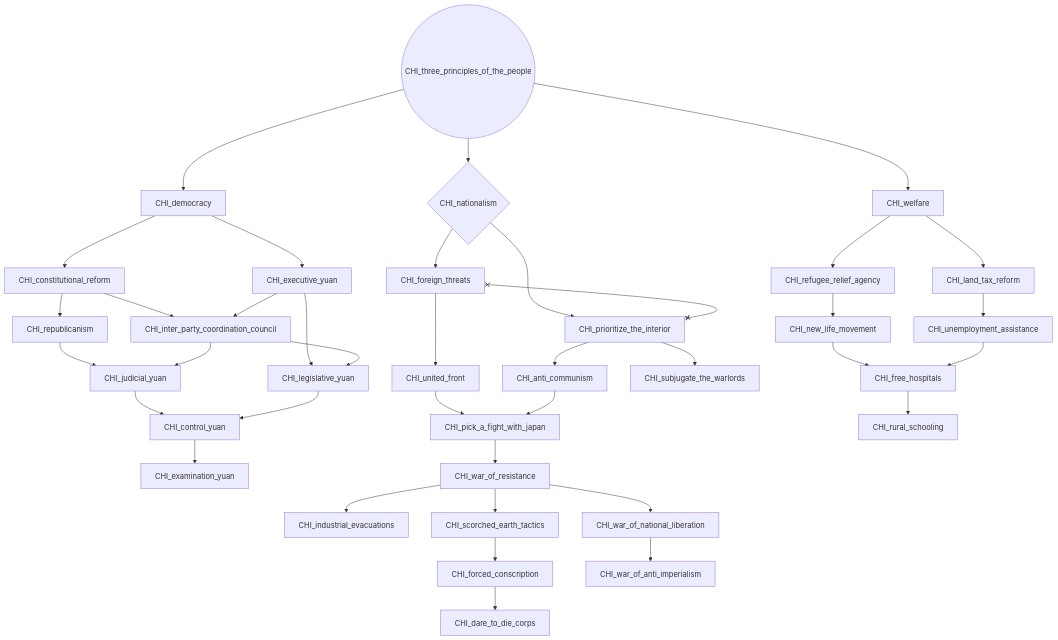
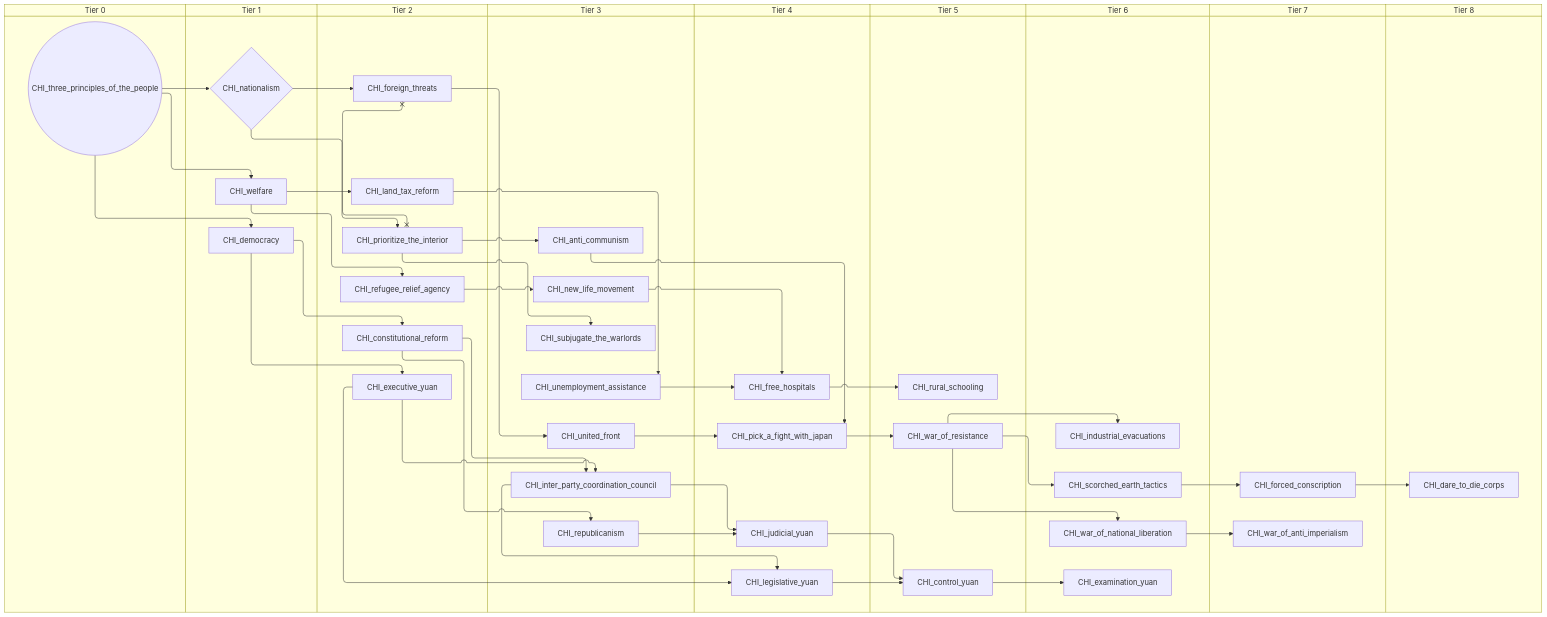
Before and after one commit to evgeny-sobol/hoi4-sandbox-mode: the second of 3 diagrams in docs/gdd/National Focuses/china_nationalist.md, drawn with Mermaid. The commit also changed other lines of this file and 80 other files, not shown here.

First line of the commit message:
Add swimlane mode to focus graph exporter

````diff
--- a/docs/gdd/National Focuses/china_nationalist.md
+++ b/docs/gdd/National Focuses/china_nationalist.md
@@ -22,71 +28,89 @@
 ```mermaid
-flowchart TD
-    n8["CHI_anti_communism"]
-    n9["CHI_constitutional_reform"]
-    n10["CHI_control_yuan"]
-    n11["CHI_dare_to_die_corps"]
-    n12["CHI_democracy"]
-    n13["CHI_examination_yuan"]
-    n14["CHI_executive_yuan"]
-    n15["CHI_forced_conscription"]
-    n16["CHI_foreign_threats"]
-    n17["CHI_free_hospitals"]
-    n18["CHI_industrial_evacuations"]
-    n19["CHI_inter_party_coordination_council"]
-    n20["CHI_judicial_yuan"]
-    n21["CHI_land_tax_reform"]
-    n22["CHI_legislative_yuan"]
-    n23{"CHI_nationalism"}
-    n24["CHI_new_life_movement"]
-    n25["CHI_pick_a_fight_with_japan"]
-    n26["CHI_prioritize_the_interior"]
-    n27["CHI_refugee_relief_agency"]
-    n28["CHI_republicanism"]
-    n29["CHI_rural_schooling"]
-    n30["CHI_scorched_earth_tactics"]
-    n31["CHI_subjugate_the_warlords"]
-    n32(("CHI_three_principles_of_the_people"))
-    n33["CHI_unemployment_assistance"]
-    n34["CHI_united_front"]
-    n35["CHI_war_of_anti_imperialism"]
-    n36["CHI_war_of_national_liberation"]
-    n37["CHI_war_of_resistance"]
-    n38["CHI_welfare"]
-    n26 --> n8
-    n12 --> n9
-    n20 --> n10
-    n22 --> n10
-    n15 --> n11
-    n32 --> n12
-    n10 --> n13
-    n12 --> n14
-    n30 --> n15
-    n23 --> n16
-    n24 --> n17
-    n33 --> n17
-    n37 --> n18
-    n9 --> n19
-    n14 --> n19
-    n28 --> n20
-    n19 --> n20
-    n38 --> n21
-    n14 --> n22
-    n19 --> n22
-    n32 --> n23
-    n27 --> n24
-    n34 --> n25
-    n8 --> n25
-    n23 --> n26
-    n38 --> n27
-    n9 --> n28
-    n17 --> n29
-    n37 --> n30
-    n26 --> n31
-    n21 --> n33
-    n16 --> n34
-    n36 --> n35
-    n37 --> n36
-    n25 --> n37
-    n32 --> n38
-    n16 x--x n26
+swimlane-beta TD
+    subgraph tier_0["Tier 0"]
+        n8(("CHI_three_principles_of_the_people"))
+    end
+    subgraph tier_1["Tier 1"]
+        n9["CHI_democracy"]
+        n10{"CHI_nationalism"}
+        n11["CHI_welfare"]
+    end
+    subgraph tier_2["Tier 2"]
+        n12["CHI_constitutional_reform"]
+        n13["CHI_executive_yuan"]
+        n14["CHI_foreign_threats"]
+        n15["CHI_land_tax_reform"]
+        n16["CHI_prioritize_the_interior"]
+        n17["CHI_refugee_relief_agency"]
+    end
+    subgraph tier_3["Tier 3"]
+        n18["CHI_anti_communism"]
+        n19["CHI_inter_party_coordination_council"]
+        n20["CHI_new_life_movement"]
+        n21["CHI_republicanism"]
+        n22["CHI_subjugate_the_warlords"]
+        n23["CHI_unemployment_assistance"]
+        n24["CHI_united_front"]
+    end
+    subgraph tier_4["Tier 4"]
+        n25["CHI_free_hospitals"]
+        n26["CHI_judicial_yuan"]
+        n27["CHI_legislative_yuan"]
+        n28["CHI_pick_a_fight_with_japan"]
+    end
+    subgraph tier_5["Tier 5"]
+        n29["CHI_control_yuan"]
+        n30["CHI_rural_schooling"]
+        n31["CHI_war_of_resistance"]
+    end
+    subgraph tier_6["Tier 6"]
+        n32["CHI_examination_yuan"]
+        n33["CHI_industrial_evacuations"]
+        n34["CHI_scorched_earth_tactics"]
+        n35["CHI_war_of_national_liberation"]
+    end
+    subgraph tier_7["Tier 7"]
+        n36["CHI_forced_conscription"]
+        n37["CHI_war_of_anti_imperialism"]
+    end
+    subgraph tier_8["Tier 8"]
+        n38["CHI_dare_to_die_corps"]
+    end
+    n16 --> n18
+    n9 --> n12
+    n26 --> n29
+    n27 --> n29
+    n36 --> n38
+    n8 --> n9
+    n29 --> n32
+    n9 --> n13
+    n34 --> n36
+    n10 --> n14
+    n20 --> n25
+    n23 --> n25
+    n31 --> n33
+    n12 --> n19
+    n13 --> n19
+    n21 --> n26
+    n19 --> n26
+    n11 --> n15
+    n13 --> n27
+    n19 --> n27
+    n8 --> n10
+    n17 --> n20
+    n24 --> n28
+    n18 --> n28
+    n10 --> n16
+    n11 --> n17
+    n12 --> n21
+    n25 --> n30
+    n31 --> n34
+    n16 --> n22
+    n15 --> n23
+    n14 --> n24
+    n35 --> n37
+    n31 --> n35
+    n28 --> n31
+    n8 --> n11
+    n14 x--x n16
 ```
````
